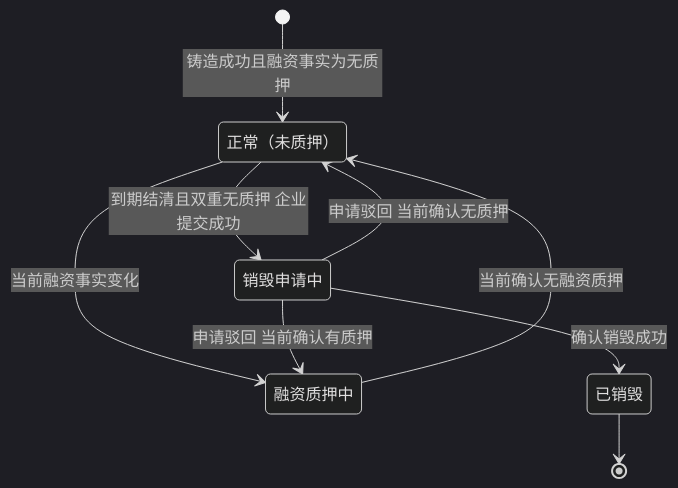
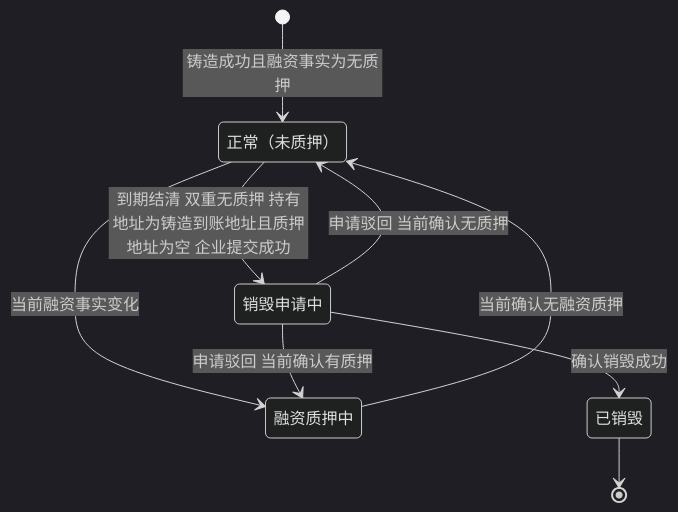
The third of 4 diagrams in token-issuance-platform/PRD/管理端/M4b-销毁审核与解除质押/02-销毁审核与解除质押-流程图与状态机.md (wxblockchain/Chain-Financing), drawn with Mermaid (dark theme) before and after one commit. The commit also changed other lines of this file and 32 other files, not shown here.

````diff
--- a/token-issuance-platform/PRD/管理端/M4b-销毁审核与解除质押/02-销毁审核与解除质押-流程图与状态机.md
+++ b/token-issuance-platform/PRD/管理端/M4b-销毁审核与解除质押/02-销毁审核与解除质押-流程图与状态机.md
@@ -76,15 +76,15 @@
 ```mermaid
 stateDiagram-v2
     state "正常（未质押）" as Normal
     state "融资质押中" as Financed
     state "销毁申请中" as Applying
     state "已销毁" as Destroyed
     [*] --> Normal: 铸造成功且融资事实为无质押
     Normal --> Financed: 当前融资事实变化
     Financed --> Normal: 当前确认无融资质押
-    Normal --> Applying: 到期结清且双重无质押 企业提交成功
+    Normal --> Applying: 到期结清 双重无质押 持有地址为铸造到账地址且质押地址为空 企业提交成功
     Applying --> Normal: 申请驳回 当前确认无质押
     Applying --> Financed: 申请驳回 当前确认有质押
     Applying --> Destroyed: 确认销毁成功
     Destroyed --> [*]
 ```
````
